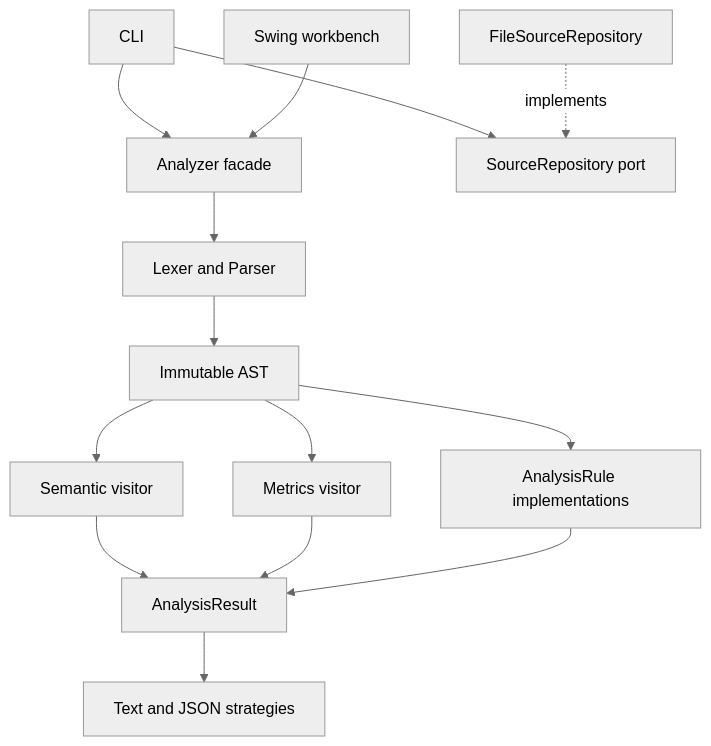
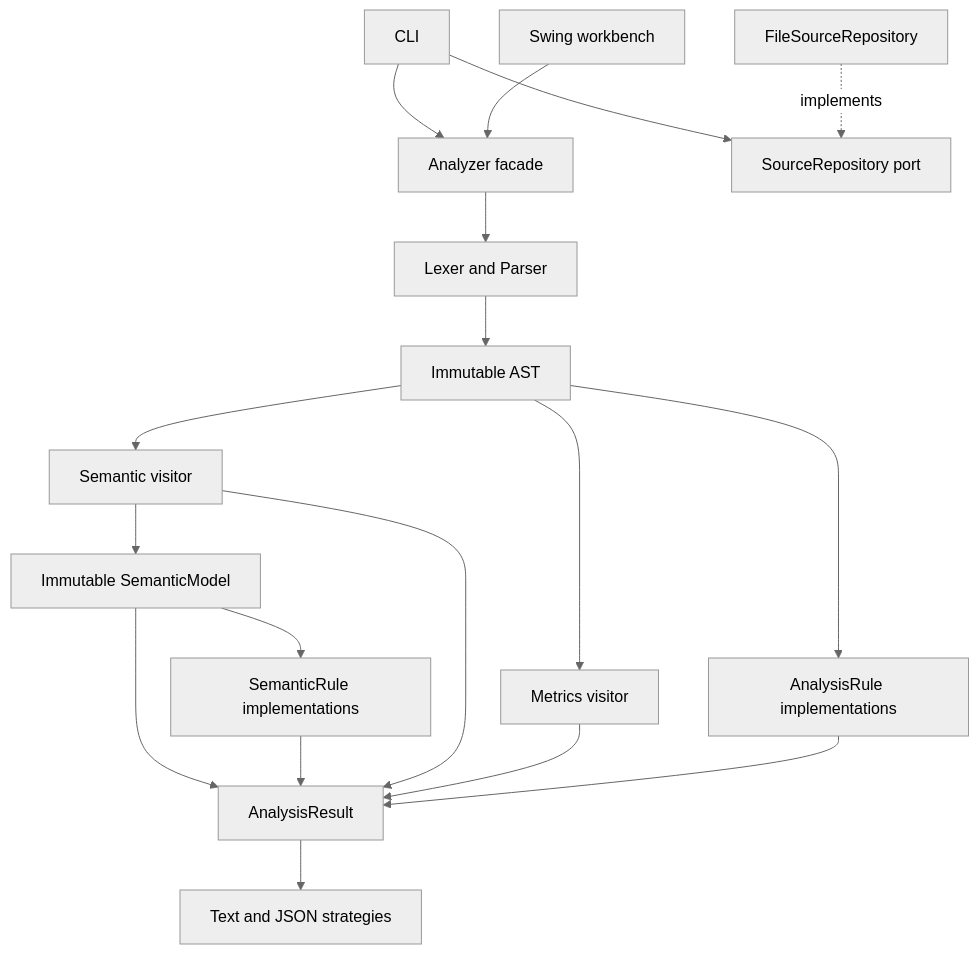
One commit to shayb1187-a11y/flowlens-java-analyzer changed the first of 3 diagrams in docs/ARCHITECTURE.md. Above: the diagram before and after it, drawn with Mermaid (neutral theme). The commit also changed other lines of this file and 15 other files, not shown here.

````diff
--- a/docs/ARCHITECTURE.md
+++ b/docs/ARCHITECTURE.md
@@ -5,16 +5,20 @@
 ```mermaid
 flowchart TD
     CLI[CLI] --> Analyzer[Analyzer facade]
     Desktop[Swing workbench] --> Analyzer
     CLI --> Repository[SourceRepository port]
     FileAdapter[FileSourceRepository] -. implements .-> Repository
     Analyzer --> Frontend[Lexer and Parser]
     Frontend --> AST[Immutable AST]
     AST --> Semantic[Semantic visitor]
     AST --> Metrics[Metrics visitor]
     AST --> Rules[AnalysisRule implementations]
+    Semantic --> Model[Immutable SemanticModel]
+    Model --> SemanticRules[SemanticRule implementations]
+    Model --> Result
+    SemanticRules --> Result
     Semantic --> Result[AnalysisResult]
     Metrics --> Result
     Rules --> Result
     Result --> Reports[Text and JSON strategies]
 ```
````
